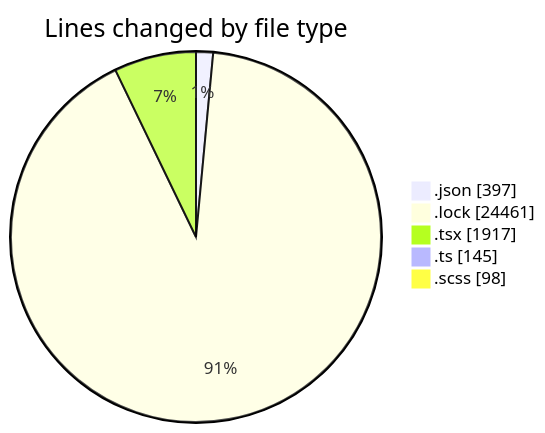
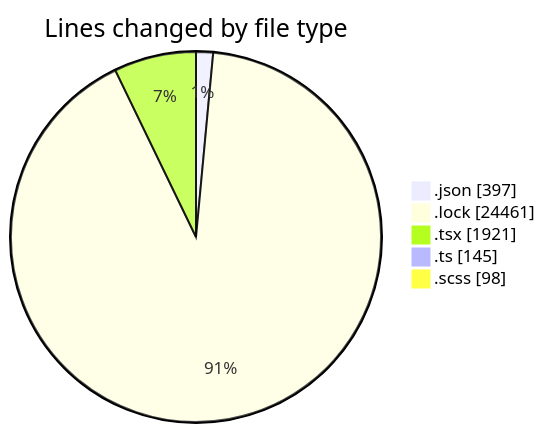
One commit to momahboobian/code-tracking changed the first of 2 diagrams in 2026-05-14/cda/README.md. Above: the diagram before and after it, drawn with Mermaid. The commit also changed other lines of this file and 1 other file, not shown here.

````diff
--- a/2026-05-14/cda/README.md
+++ b/2026-05-14/cda/README.md
@@ -36,9 +36,9 @@
 ```mermaid
 pie showData
 title Lines changed by file type
 ".json" : 397
 ".lock" : 24461
-".tsx" : 1917
+".tsx" : 1921
 ".ts" : 145
 ".scss" : 98
 ```
````
